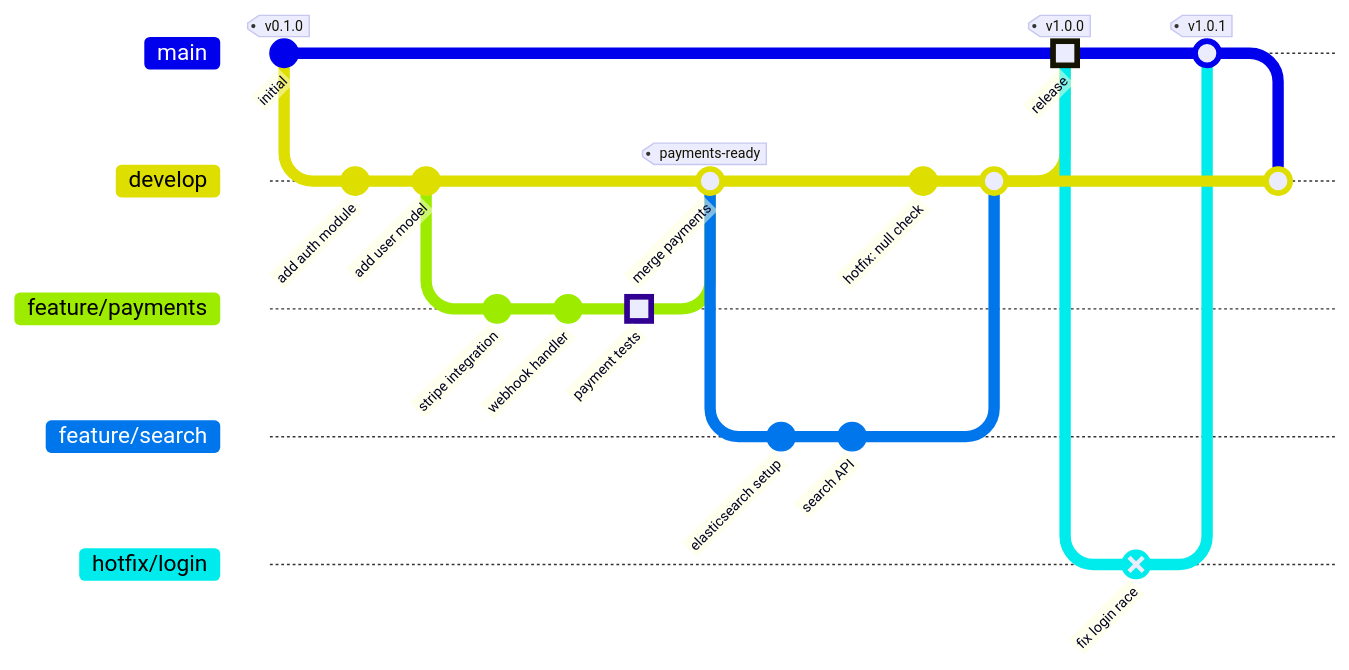
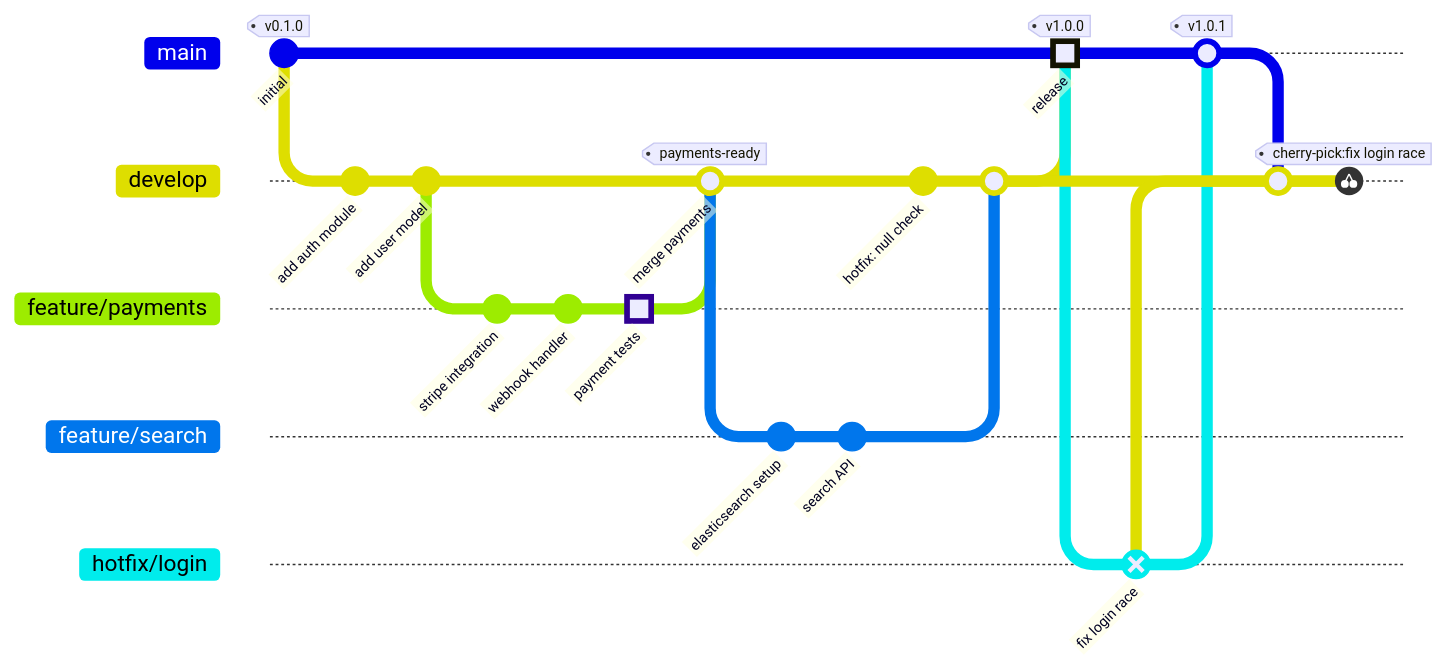
Before and after one commit to sc2in/pozeiden: the diagram in examples/gitgraph.mmd, drawn with Mermaid. The commit also changed 4 other files, not shown here.

```diff
--- a/examples/gitgraph.mmd
+++ b/examples/gitgraph.mmd
@@ -1,29 +1,30 @@
 gitGraph LR:
     commit id: "initial" tag: "v0.1.0"
     branch develop
     checkout develop
     commit id: "add auth module"
     commit id: "add user model"
     branch feature/payments
     checkout feature/payments
     commit id: "stripe integration"
     commit id: "webhook handler"
     commit id: "payment tests" type: HIGHLIGHT
     checkout develop
     merge feature/payments id: "merge payments" tag: "payments-ready"
     branch feature/search
     checkout feature/search
     commit id: "elasticsearch setup"
     commit id: "search API"
     checkout develop
     commit id: "hotfix: null check"
     merge feature/search
     checkout main
     merge develop id: "release" tag: "v1.0.0" type: HIGHLIGHT
     branch hotfix/login
     checkout hotfix/login
     commit id: "fix login race" type: REVERSE
     checkout main
     merge hotfix/login tag: "v1.0.1"
     checkout develop
     merge main
+    cherry-pick id: "fix login race"
```
